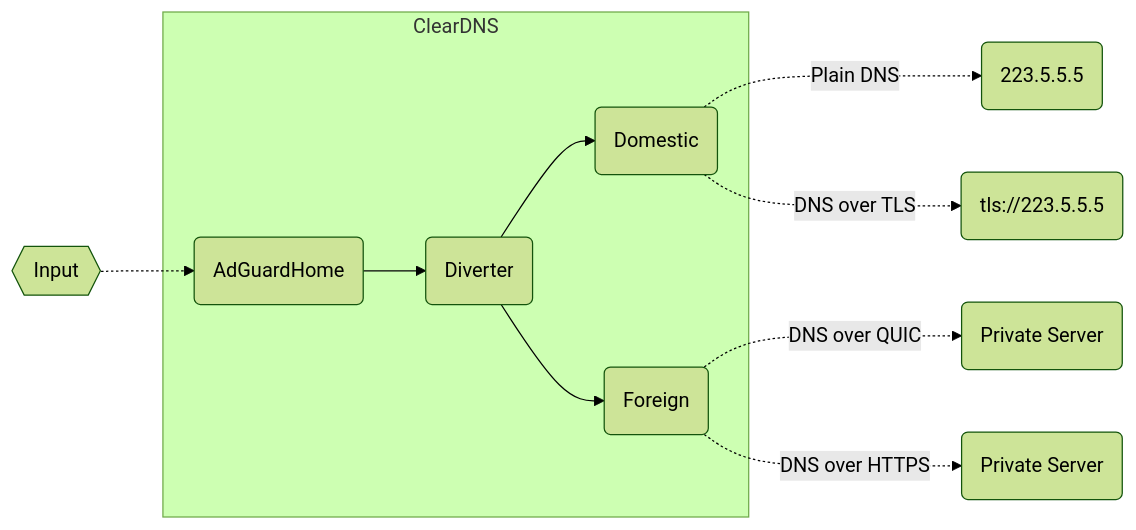
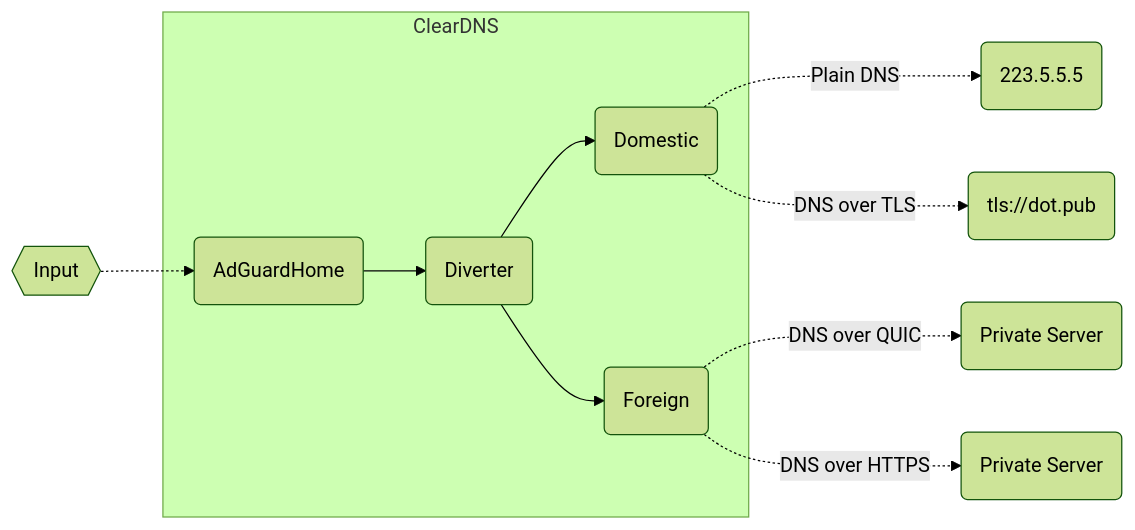
The diagram in README.md (dnomd343/ClearDNS), drawn with Mermaid (forest theme) before and after one commit. The commit also changed other lines of this file, not shown here.

Commit message:
docs: add principle of ClearDNS

````diff
--- a/README.md
+++ b/README.md
@@ -29,13 +27,13 @@
 ```mermaid
   graph LR
     input{{Input}} -.-> adguard(AdGuardHome)
     subgraph ClearDNS
       adguard --> diverter(Diverter)
       diverter --> domestic(Domestic)
       diverter --> foreign(Foreign)
     end
     domestic -. Plain DNS .-> domestic_1(223.5.5.5)
-    domestic -. DNS over TLS .-> domestic_2(tls://223.5.5.5)
+    domestic -. DNS over TLS .-> domestic_2(tls://dot.pub)
     foreign -. DNS over QUIC .-> foreign_1(Private Server)
     foreign -. DNS over HTTPS .-> foreign_2(Private Server)
 ```
````
